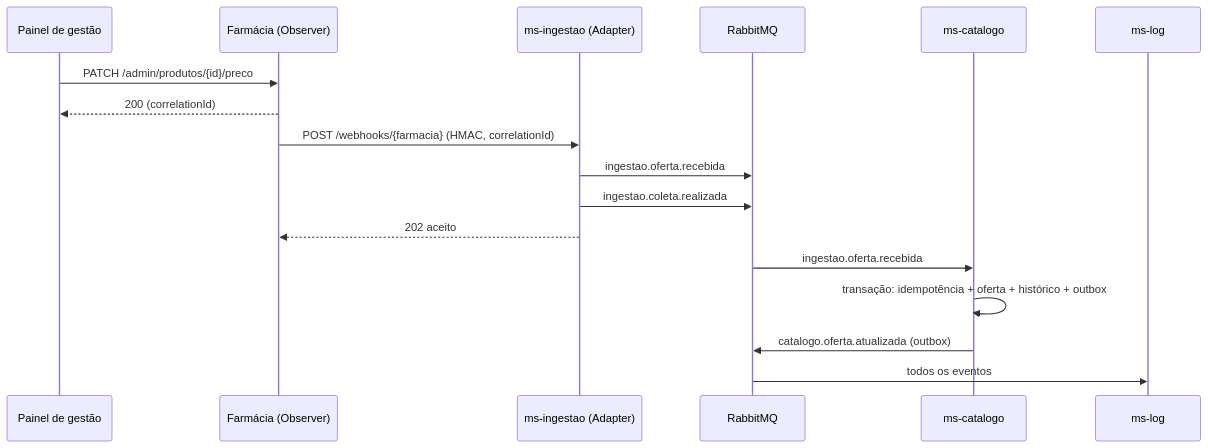
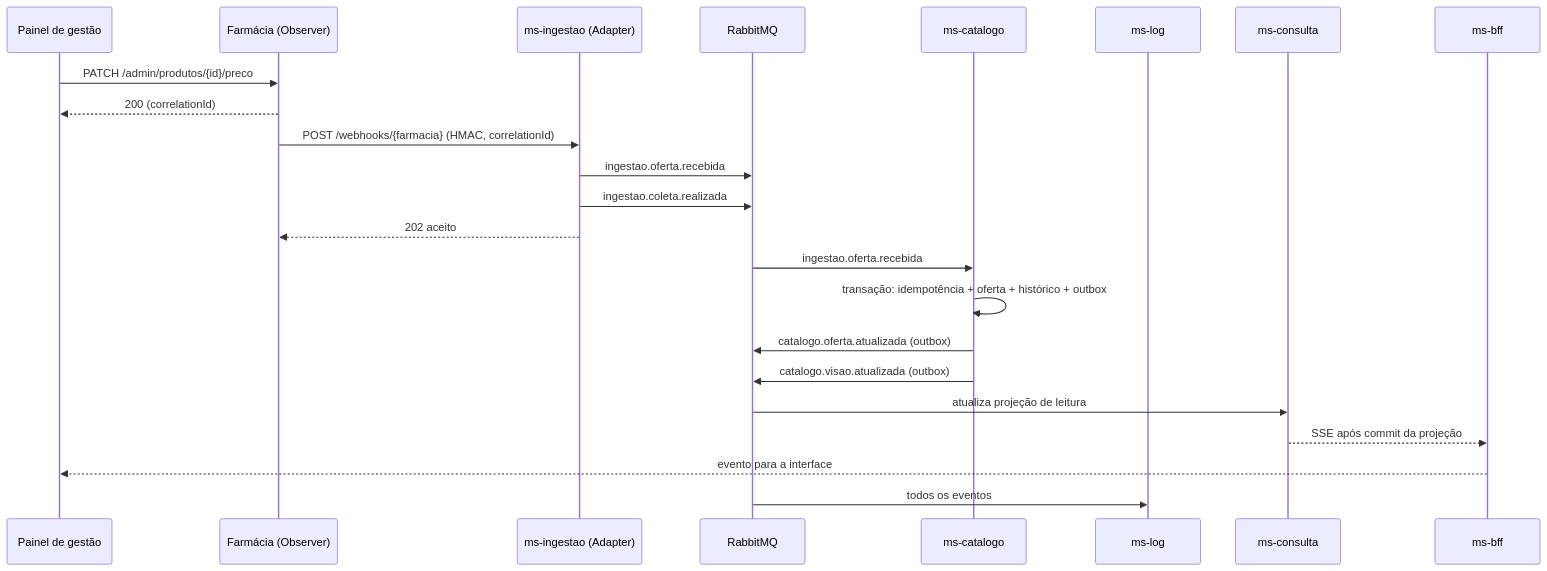
Before and after one commit to joaoramosw/PriceHub-backend: the third of 3 diagrams in docs/GUIA-OVERLEAF.md, drawn with Mermaid. The commit also changed other lines of this file and 37 other files, not shown here.

First line of the commit message:
feat(arquitetura): integra BFF, consulta e fluxo demonstrável

````diff
--- a/docs/GUIA-OVERLEAF.md
+++ b/docs/GUIA-OVERLEAF.md
@@ -428,19 +441,25 @@
 ```mermaid
 sequenceDiagram
   participant G as Painel de gestão
   participant F as Farmácia (Observer)
   participant I as ms-ingestao (Adapter)
   participant R as RabbitMQ
   participant C as ms-catalogo
   participant L as ms-log
+  participant Q as ms-consulta
+  participant B as ms-bff
   G->>F: PATCH /admin/produtos/{id}/preco
   F-->>G: 200 (correlationId)
   F->>I: POST /webhooks/{farmacia} (HMAC, correlationId)
   I->>R: ingestao.oferta.recebida
   I->>R: ingestao.coleta.realizada
   I-->>F: 202 aceito
   R->>C: ingestao.oferta.recebida
   C->>C: transação: idempotência + oferta + histórico + outbox
   C->>R: catalogo.oferta.atualizada (outbox)
+  C->>R: catalogo.visao.atualizada (outbox)
+  R->>Q: atualiza projeção de leitura
+  Q-->>B: SSE após commit da projeção
+  B-->>G: evento para a interface
   R->>L: todos os eventos
 ```
````
